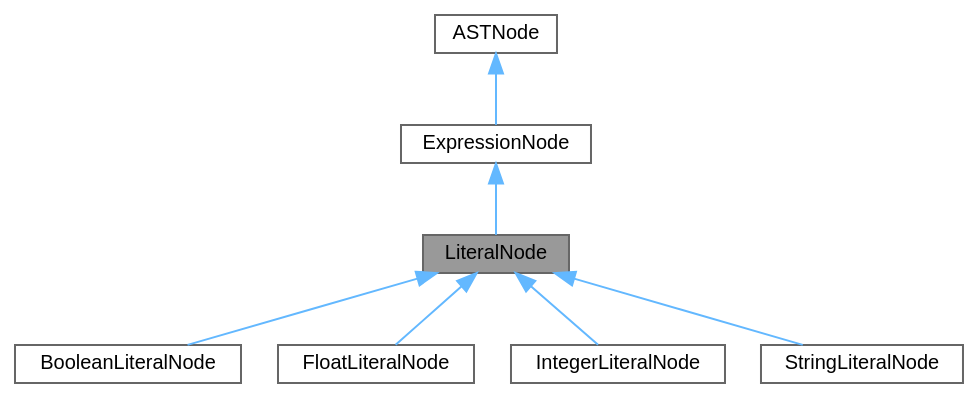
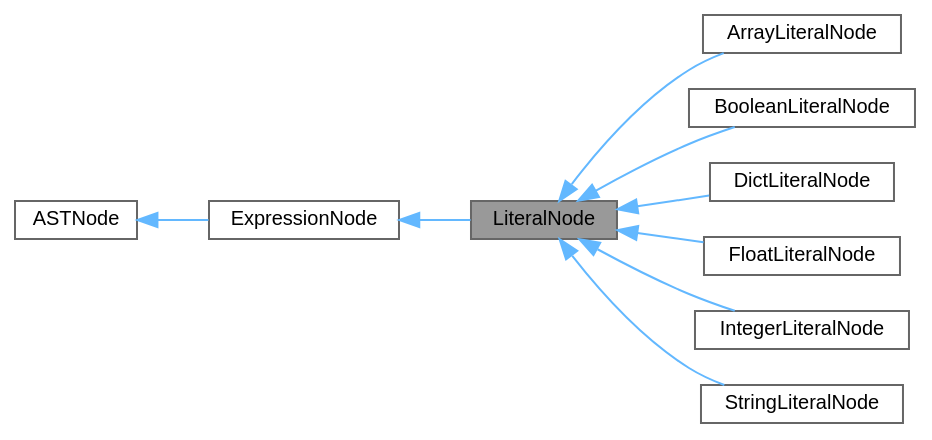
The diagram in pebbl/docs/structLiteralNode__inherit__graph.dot (kejunp/kejunp.github.io), drawn with Graphviz before and after one commit. The commit also changed 81 other files, not shown here.

```diff
--- a/pebbl/docs/structLiteralNode__inherit__graph.dot
+++ b/pebbl/docs/structLiteralNode__inherit__graph.dot
@@ -1,20 +1,25 @@
 digraph "LiteralNode"
 {
  // LATEX_PDF_SIZE
   bgcolor="transparent";
   edge [fontname=Helvetica,fontsize=10,labelfontname=Helvetica,labelfontsize=10];
   node [fontname=Helvetica,fontsize=10,shape=box,height=0.2,width=0.4];
+  rankdir="LR";
   Node1 [id="Node000001",label="LiteralNode",height=0.2,width=0.4,color="gray40", fillcolor="grey60", style="filled", fontcolor="black",tooltip="Base class for all literals."];
   Node2 -> Node1 [id="edge1_Node000001_Node000002",dir="back",color="steelblue1",style="solid",tooltip=" "];
   Node2 [id="Node000002",label="ExpressionNode",height=0.2,width=0.4,color="gray40", fillcolor="white", style="filled",URL="$structExpressionNode.html",tooltip="Base class for all expressions."];
   Node3 -> Node2 [id="edge2_Node000002_Node000003",dir="back",color="steelblue1",style="solid",tooltip=" "];
   Node3 [id="Node000003",label="ASTNode",height=0.2,width=0.4,color="gray40", fillcolor="white", style="filled",URL="$structASTNode.html",tooltip="Base class of all AST nodes."];
   Node1 -> Node4 [id="edge3_Node000001_Node000004",dir="back",color="steelblue1",style="solid",tooltip=" "];
-  Node4 [id="Node000004",label="BooleanLiteralNode",height=0.2,width=0.4,color="gray40", fillcolor="white", style="filled",URL="$structBooleanLiteralNode.html",tooltip="A boolean literal (true or false)"];
+  Node4 [id="Node000004",label="ArrayLiteralNode",height=0.2,width=0.4,color="gray40", fillcolor="white", style="filled",URL="$structArrayLiteralNode.html",tooltip="An array literal (e.g., [1, 2, 3])"];
   Node1 -> Node5 [id="edge4_Node000001_Node000005",dir="back",color="steelblue1",style="solid",tooltip=" "];
-  Node5 [id="Node000005",label="FloatLiteralNode",height=0.2,width=0.4,color="gray40", fillcolor="white", style="filled",URL="$structFloatLiteralNode.html",tooltip="A float literal."];
+  Node5 [id="Node000005",label="BooleanLiteralNode",height=0.2,width=0.4,color="gray40", fillcolor="white", style="filled",URL="$structBooleanLiteralNode.html",tooltip="A boolean literal (true or false)"];
   Node1 -> Node6 [id="edge5_Node000001_Node000006",dir="back",color="steelblue1",style="solid",tooltip=" "];
-  Node6 [id="Node000006",label="IntegerLiteralNode",height=0.2,width=0.4,color="gray40", fillcolor="white", style="filled",URL="$structIntegerLiteralNode.html",tooltip="A integer literal."];
+  Node6 [id="Node000006",label="DictLiteralNode",height=0.2,width=0.4,color="gray40", fillcolor="white", style="filled",URL="$structDictLiteralNode.html",tooltip="A dictionary literal (e.g., {key: value, key2: value2})"];
   Node1 -> Node7 [id="edge6_Node000001_Node000007",dir="back",color="steelblue1",style="solid",tooltip=" "];
-  Node7 [id="Node000007",label="StringLiteralNode",height=0.2,width=0.4,color="gray40", fillcolor="white", style="filled",URL="$structStringLiteralNode.html",tooltip="A string literal."];
+  Node7 [id="Node000007",label="FloatLiteralNode",height=0.2,width=0.4,color="gray40", fillcolor="white", style="filled",URL="$structFloatLiteralNode.html",tooltip="A float literal."];
+  Node1 -> Node8 [id="edge7_Node000001_Node000008",dir="back",color="steelblue1",style="solid",tooltip=" "];
+  Node8 [id="Node000008",label="IntegerLiteralNode",height=0.2,width=0.4,color="gray40", fillcolor="white", style="filled",URL="$structIntegerLiteralNode.html",tooltip="A integer literal."];
+  Node1 -> Node9 [id="edge8_Node000001_Node000009",dir="back",color="steelblue1",style="solid",tooltip=" "];
+  Node9 [id="Node000009",label="StringLiteralNode",height=0.2,width=0.4,color="gray40", fillcolor="white", style="filled",URL="$structStringLiteralNode.html",tooltip="A string literal."];
 }
```
